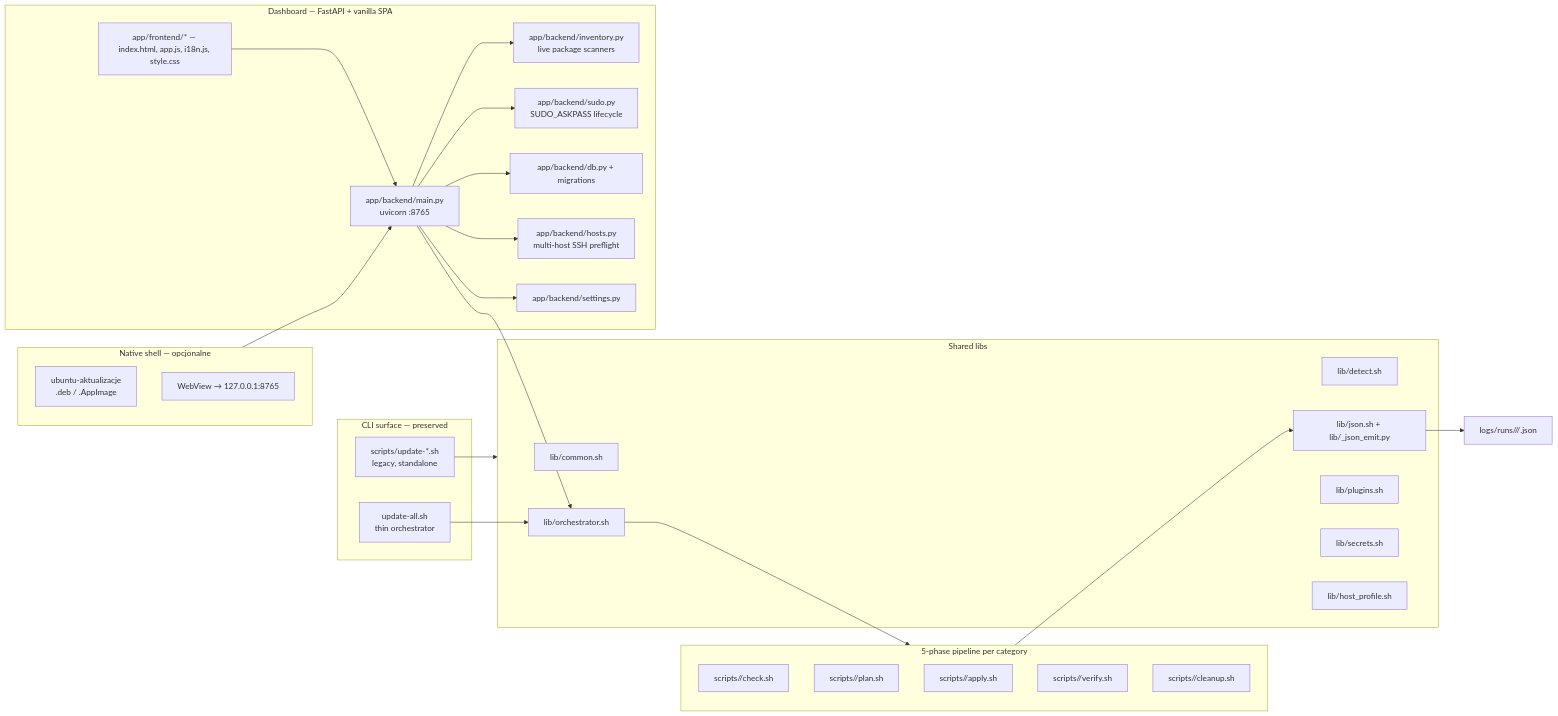
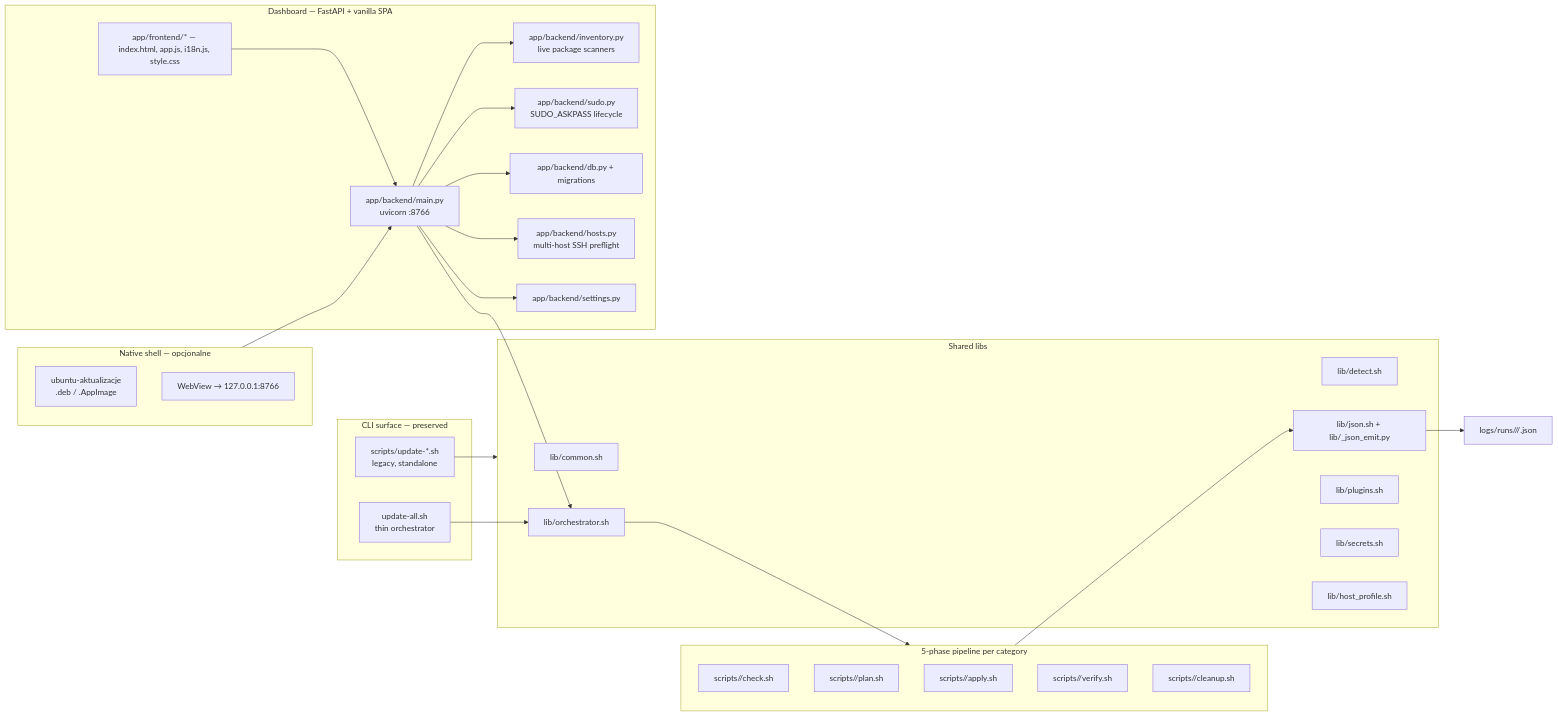
The first of 5 diagrams in packaging/deb/opt/ubuntu-aktualizacje/docs/PROJECT_MAP.md (KasprowiczM/Ubuntu_Aktualizacje), drawn with Mermaid before and after one commit. The commit also changed other lines of this file and 45 other files, not shown here.

````diff
--- a/packaging/deb/opt/ubuntu-aktualizacje/docs/PROJECT_MAP.md
+++ b/packaging/deb/opt/ubuntu-aktualizacje/docs/PROJECT_MAP.md
@@ -7,50 +7,50 @@
 ```mermaid
 flowchart LR
     subgraph CLI[CLI surface — preserved]
         L1[scripts/update-*.sh<br/>legacy, standalone]
         L2[update-all.sh<br/>thin orchestrator]
     end
     subgraph Phases[5-phase pipeline per category]
         P1[scripts/<cat>/check.sh]
         P2[scripts/<cat>/plan.sh]
         P3[scripts/<cat>/apply.sh]
         P4[scripts/<cat>/verify.sh]
         P5[scripts/<cat>/cleanup.sh]
     end
     subgraph Lib[Shared libs]
         Common[lib/common.sh]
         Detect[lib/detect.sh]
         Json[lib/json.sh + lib/_json_emit.py]
         Orch[lib/orchestrator.sh]
         Plug[lib/plugins.sh]
         Sec[lib/secrets.sh]
         HP[lib/host_profile.sh]
     end
     subgraph Dashboard[Dashboard — FastAPI + vanilla SPA]
-        Backend[app/backend/main.py<br/>uvicorn :8765]
+        Backend[app/backend/main.py<br/>uvicorn :8766]
         Inv[app/backend/inventory.py<br/>live package scanners]
         Sudo[app/backend/sudo.py<br/>SUDO_ASKPASS lifecycle]
         DBmod[app/backend/db.py + migrations]
         Hosts[app/backend/hosts.py<br/>multi-host SSH preflight]
         Settings[app/backend/settings.py]
         Front[app/frontend/* — index.html, app.js, i18n.js, style.css]
     end
     subgraph Tauri[Native shell — opcjonalne]
         Bin[ubuntu-aktualizacje<br/>.deb / .AppImage]
-        Webview[WebView → 127.0.0.1:8765]
+        Webview[WebView → 127.0.0.1:8766]
     end
 
     L1 --> Lib
     L2 --> Orch
     Orch --> Phases
     Phases --> Json
     Json --> Sidecar[logs/runs/<id>/<cat>/<phase>.json]
     Backend --> Orch
     Backend --> Inv
     Backend --> Sudo
     Backend --> DBmod
     Backend --> Hosts
     Backend --> Settings
     Front --> Backend
     Tauri --> Backend
 ```
````
